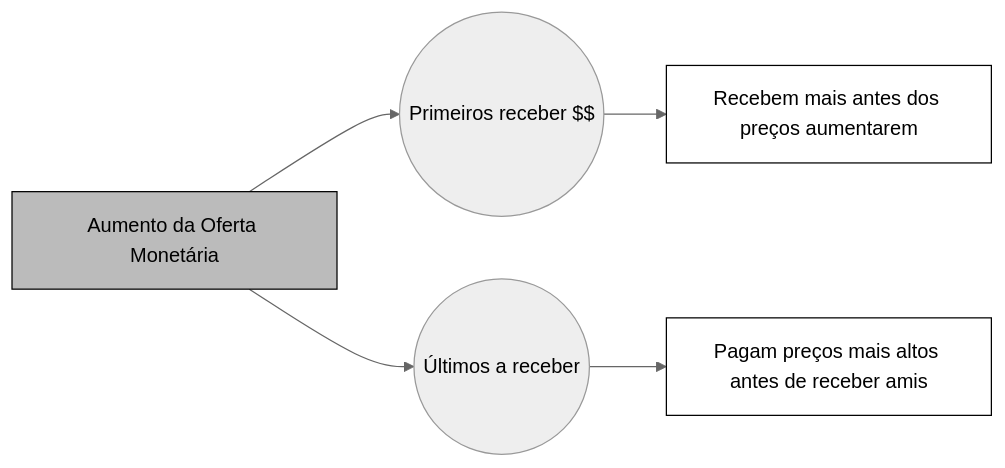
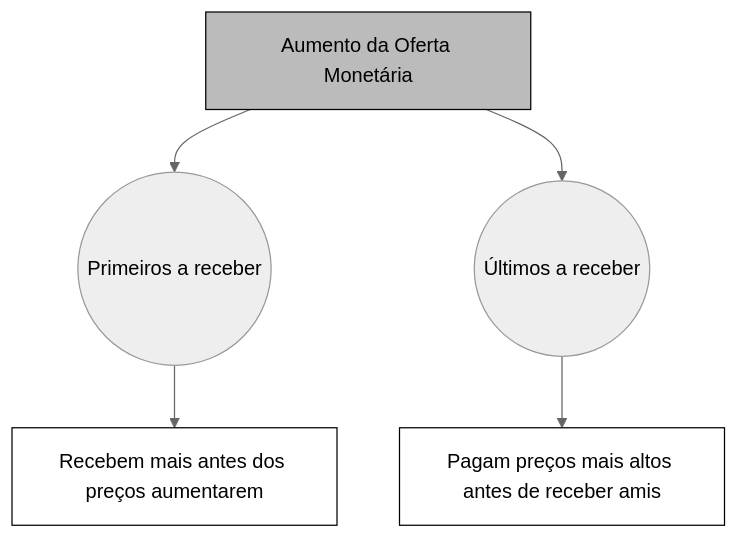
Before and after one commit to slrocker/investindows: the diagram in src/pages/markdown/aprenda/financas/economia/inflacao.md, drawn with Mermaid (neutral theme). The commit also changed other lines of this file and 29 other files, not shown here.

````diff
--- a/src/pages/markdown/aprenda/financas/economia/inflacao.md
+++ b/src/pages/markdown/aprenda/financas/economia/inflacao.md
@@ -70,15 +70,15 @@
 ```mermaid
-graph LR
+graph TD
 
 E[Aumento da Oferta Monetária] --> A
 E --> C
 
-A((Primeiros receber $$)) --> B[Recebem mais antes dos preços aumentarem]
+A((Primeiros a receber)) --> B[Recebem mais antes dos preços aumentarem]
 
 C((Últimos a receber)) --> D[Pagam preços mais altos antes de receber amis]
 
 style B fill:#fff, stroke:#000, stroke-width:1px
 style D fill:#fff, stroke:#000, stroke-width:1px
 style E fill:#bbb, stroke:#000, stroke-width:1px
 
 ```
````
